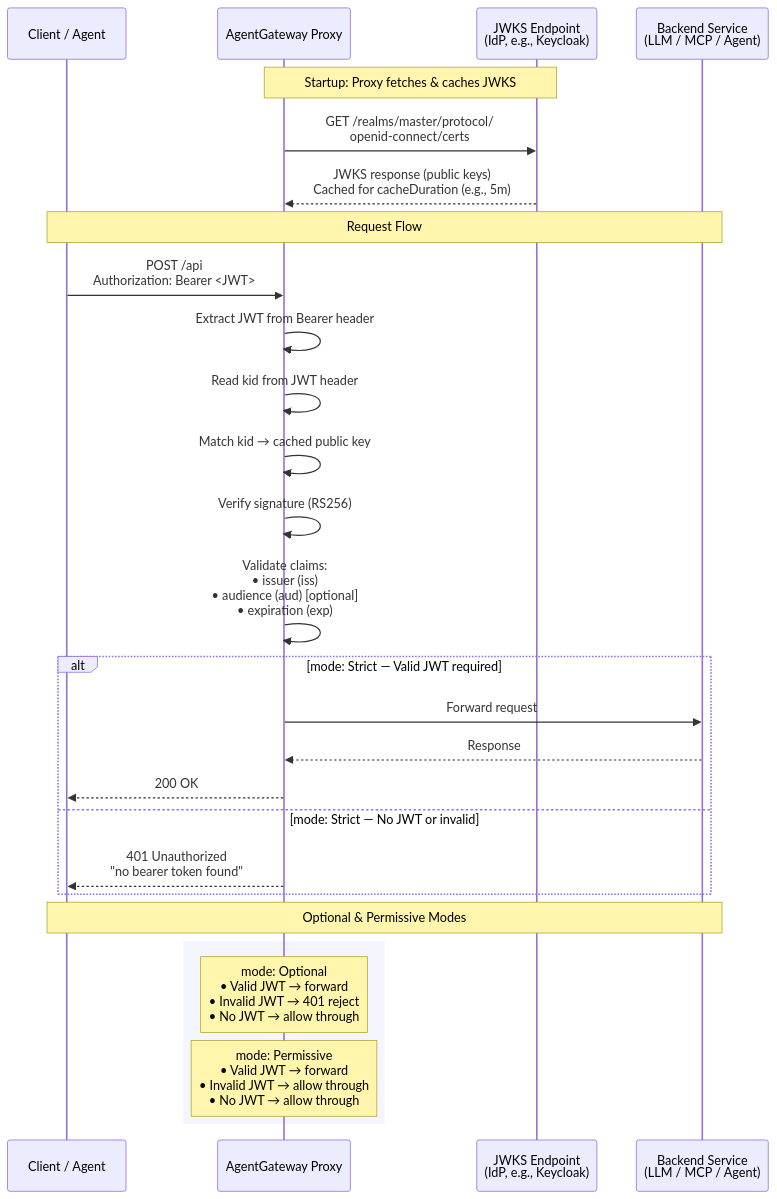
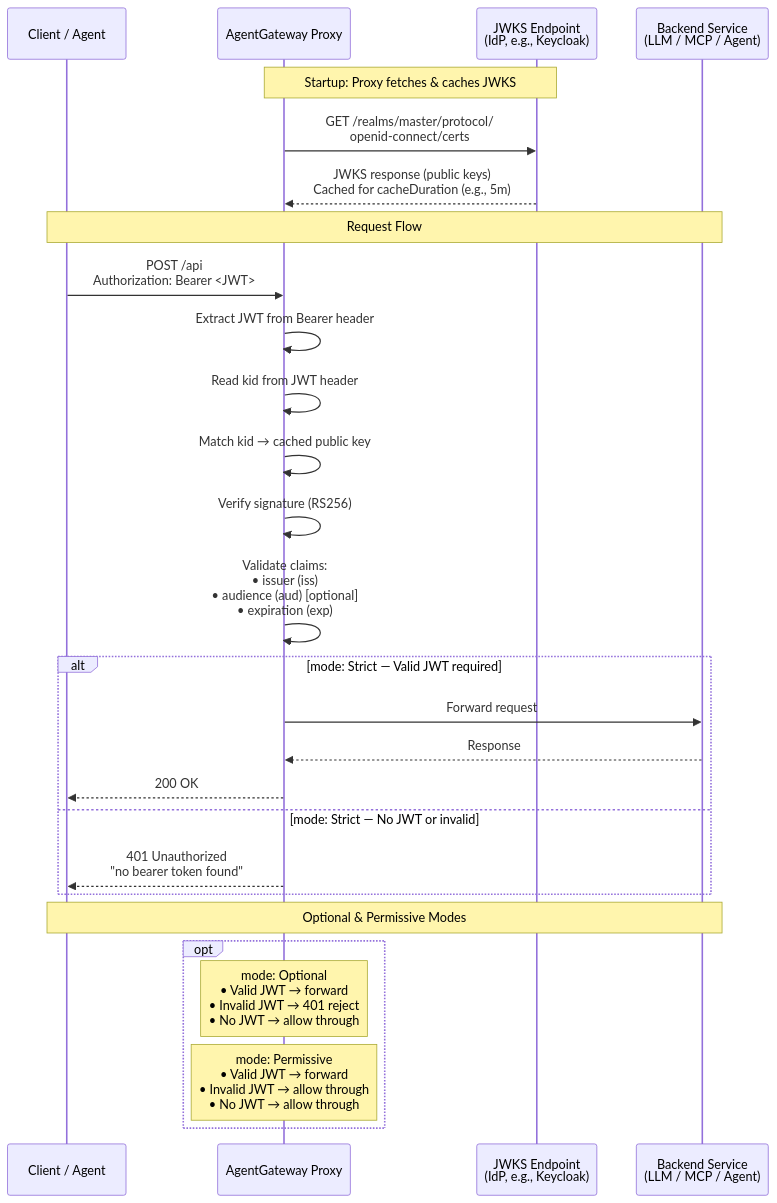
Before and after one commit to find-arka/diagrams: the ninth of 14 diagrams in agentgateway/security/README.md, drawn with Mermaid. The commit also changed other lines of this file, not shown here.

````diff
--- a/agentgateway/security/README.md
+++ b/agentgateway/security/README.md
@@ -375,39 +375,39 @@
 ```mermaid
 sequenceDiagram
     participant C as Client / Agent
     participant AGW as AgentGateway Proxy
     participant JWKS as JWKS Endpoint<br/>(IdP, e.g., Keycloak)
     participant Backend as Backend Service<br/>(LLM / MCP / Agent)
 
     Note over AGW,JWKS: Startup: Proxy fetches & caches JWKS
 
     AGW->>JWKS: GET /realms/master/protocol/<br/>openid-connect/certs
     JWKS-->>AGW: JWKS response (public keys)<br/>Cached for cacheDuration (e.g., 5m)
 
     Note over C,Backend: Request Flow
 
     C->>AGW: POST /api<br/>Authorization: Bearer <JWT>
 
     AGW->>AGW: Extract JWT from Bearer header
     AGW->>AGW: Read kid from JWT header
     AGW->>AGW: Match kid → cached public key
     AGW->>AGW: Verify signature (RS256)
     AGW->>AGW: Validate claims:<br/>• issuer (iss)<br/>• audience (aud) [optional]<br/>• expiration (exp)
 
     alt mode: Strict — Valid JWT required
         AGW->>Backend: Forward request
         Backend-->>AGW: Response
         AGW-->>C: 200 OK
 
     else mode: Strict — No JWT or invalid
         AGW-->>C: 401 Unauthorized<br/>"no bearer token found"
     end
 
     Note over C,Backend: Optional & Permissive Modes
 
-    rect rgb(245, 245, 255)
+    opt
         Note over AGW: mode: Optional<br/>• Valid JWT → forward<br/>• Invalid JWT → 401 reject<br/>• No JWT → allow through
 
         Note over AGW: mode: Permissive<br/>• Valid JWT → forward<br/>• Invalid JWT → allow through<br/>• No JWT → allow through
     end
 ```
````
